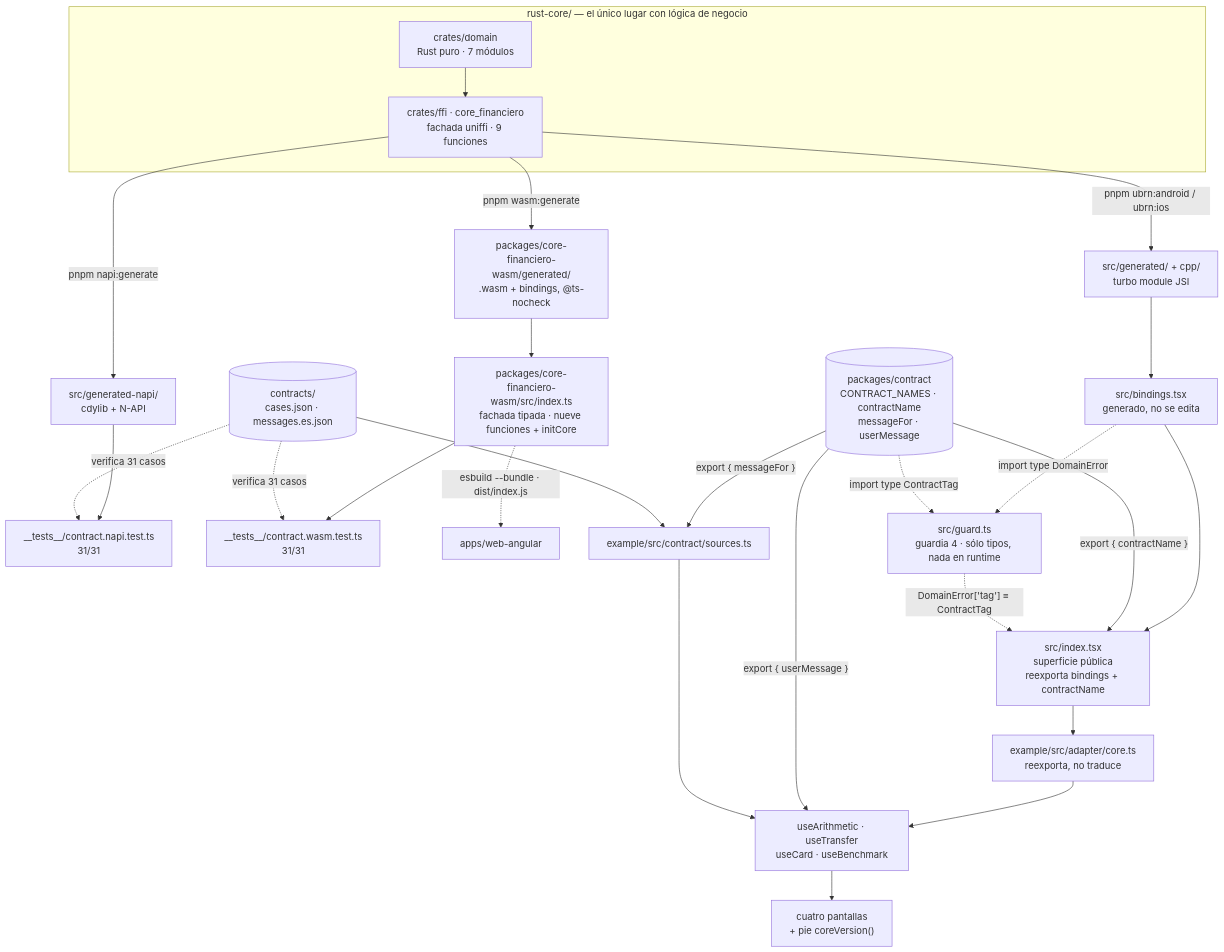
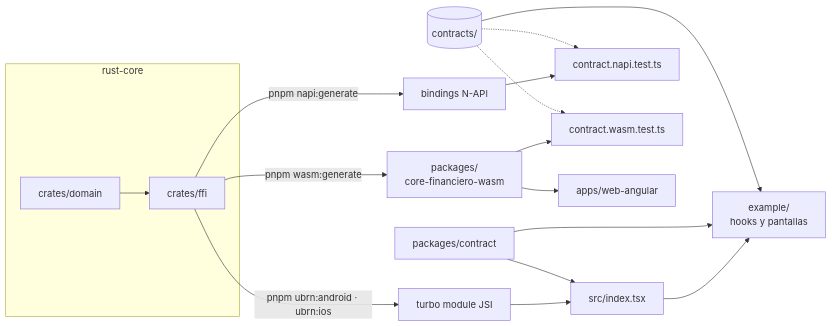
Before and after one commit to tohure/rust-core-cross-app: the diagram in apps/react-native/README.md, drawn with Mermaid. The commit also changed other lines of this file and 2 other files, not shown here.

````diff
--- a/apps/react-native/README.md
+++ b/apps/react-native/README.md
@@ -39,38 +39,22 @@
 ```mermaid
-flowchart TD
-    subgraph core["rust-core/ — el único lugar con lógica de negocio"]
-        domain["crates/domain<br/>Rust puro · 7 módulos"]
-        ffi["crates/ffi · core_financiero<br/>fachada uniffi · 9 funciones"]
-        domain --> ffi
+flowchart LR
+    subgraph core["rust-core"]
+        domain["crates/domain"] --> ffi["crates/ffi"]
     end
 
-    ffi -->|"pnpm ubrn:android / ubrn:ios"| jsi["src/generated/ + cpp/<br/>turbo module JSI"]
-    ffi -->|"pnpm napi:generate"| napi["src/generated-napi/<br/>cdylib + N-API"]
-    ffi -->|"pnpm wasm:generate"| wasmgen["packages/core-financiero-wasm/generated/<br/>.wasm + bindings, @ts-nocheck"]
+    ffi -->|"pnpm ubrn:android · ubrn:ios"| jsi["turbo module JSI"]
+    ffi -->|"pnpm napi:generate"| napi["bindings N-API"]
+    ffi -->|"pnpm wasm:generate"| wasm["packages/<br/>core-financiero-wasm"]
 
-    jsi --> bindings["src/bindings.tsx<br/>generado, no se edita"]
-    bindings --> index["src/index.tsx<br/>superficie pública<br/>reexporta bindings + contractName"]
-    index --> adapter["example/src/adapter/core.ts<br/>reexporta, no traduce"]
-    adapter --> hooks["useArithmetic · useTransfer<br/>useCard · useBenchmark"]
-    hooks --> screens["cuatro pantallas<br/>+ pie coreVersion()"]
+    jsi --> index["src/index.tsx"]
+    index --> ejemplo["example/<br/>hooks y pantallas"]
+    napi --> tnapi["contract.napi.test.ts"]
+    wasm --> twasm["contract.wasm.test.ts"]
+    wasm --> angular["apps/web-angular"]
 
-    wasmgen --> wasmfacade["packages/core-financiero-wasm/src/index.ts<br/>fachada tipada · nueve funciones + initCore"]
-
-    napi --> tnapi["__tests__/contract.napi.test.ts<br/>31/31"]
-    wasmfacade --> twasm["__tests__/contract.wasm.test.ts<br/>31/31"]
-    wasmfacade -.->|"esbuild --bundle · dist/index.js"| angular["apps/web-angular"]
-
-    contratoPkg[("packages/contract<br/>CONTRACT_NAMES · contractName<br/>messageFor · userMessage")]
-    contratoPkg -->|"export { contractName }"| index
-    contratoPkg -->|"export { messageFor }"| fuentes
-    contratoPkg -->|"export { userMessage }"| hooks
-    bindings -.->|"import type DomainError"| guard["src/guard.ts<br/>guardia 4 · sólo tipos, nada en runtime"]
-    contratoPkg -.->|"import type ContractTag"| guard
-    guard -.->|"DomainError['tag'] ≡ ContractTag"| index
-
-    contrato[("contracts/<br/>cases.json · messages.es.json")]
-    contrato --> fuentes["example/src/contract/sources.ts"]
-    fuentes --> hooks
-    contrato -.->|"verifica 31 casos"| tnapi
-    contrato -.->|"verifica 31 casos"| twasm
+    pkg["packages/contract"] --> index
+    pkg --> ejemplo
+    contrato[("contracts/")] --> ejemplo
+    contrato -.-> tnapi
+    contrato -.-> twasm
 ```
````
